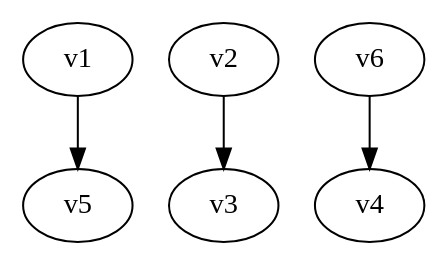
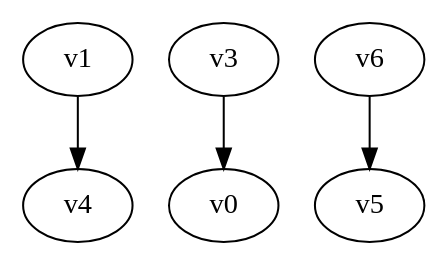
The diagram in digraph.dot (yadej/graph_project), drawn with Graphviz before and after one commit. The commit also changed 5 other files, not shown here.

```diff
--- a/digraph.dot
+++ b/digraph.dot
@@ -1,5 +1,5 @@
 digraph G { 
-v1 -> v5;
-v2 -> v3;
-v6 -> v4;
+v1 -> v4;
+v3 -> v0;
+v6 -> v5;
 }
```
